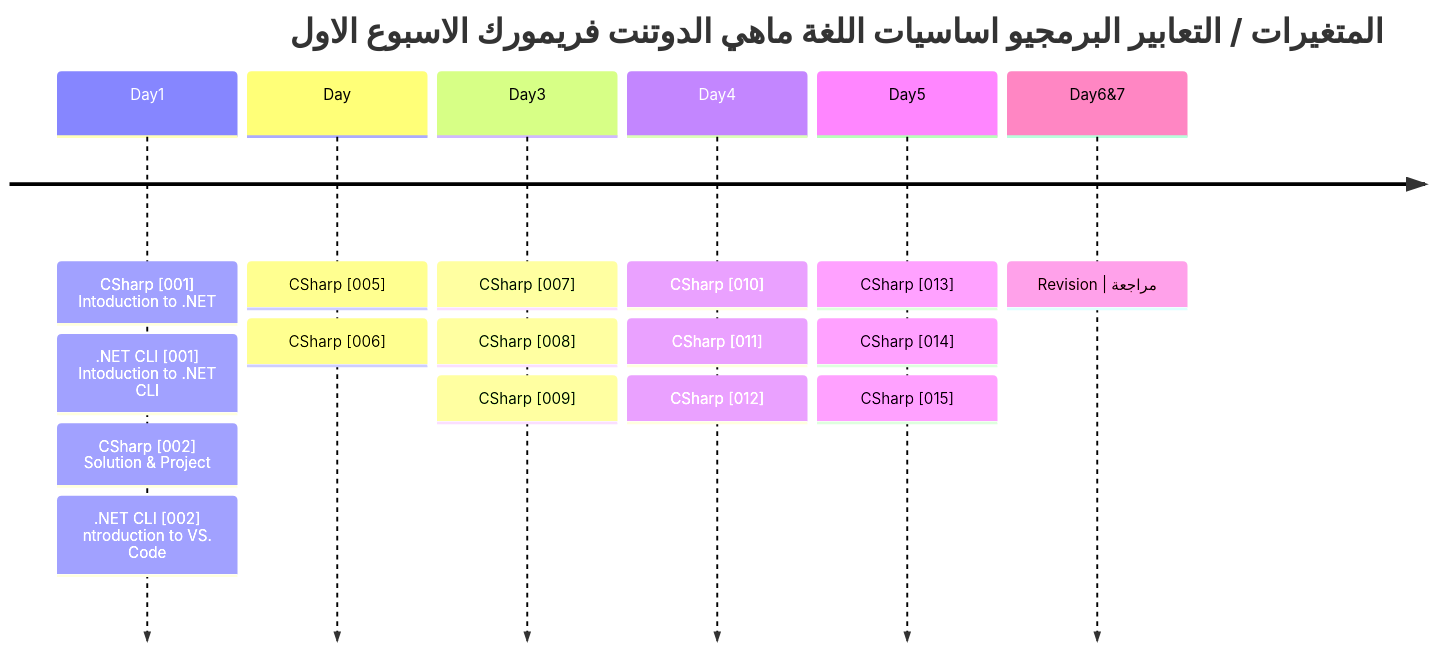
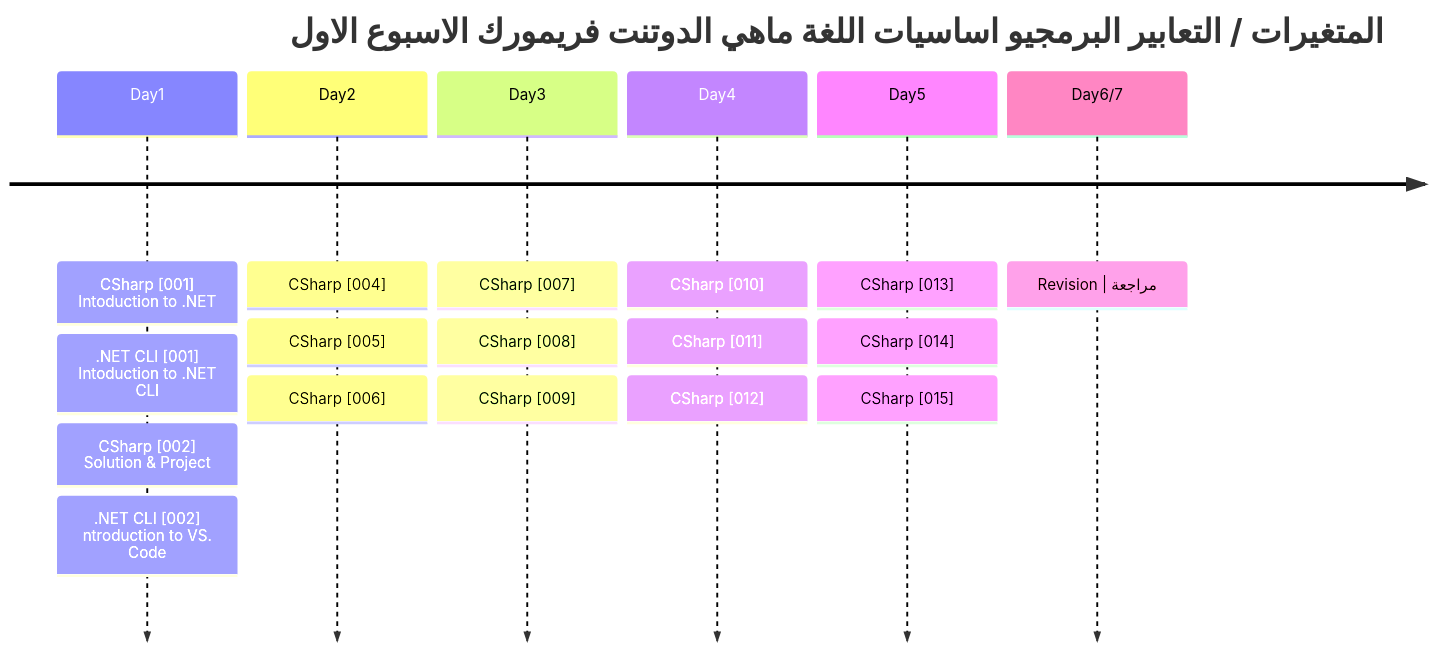
The first of 3 diagrams in README.md (metigator/Roadmap), drawn with Mermaid before and after one commit.

````diff
--- a/README.md
+++ b/README.md
@@ -1,22 +1,22 @@
 ```mermaid
 timeline
     title  المتغيرات / التعابير البرمجيو اساسيات اللغة ماهي الدوتنت فريمورك  الاسبوع الاول 
     Day1 : CSharp [001] Intoduction to .NET
          : .NET CLI [001] Intoduction to .NET CLI
          : CSharp [002] Solution & Project
          : .NET CLI [002] ntroduction to VS. Code
  
-    Day #2 : CSharp [004]
+    Day2 : CSharp [004]
          : CSharp [005] 
          : CSharp [006] 
     Day3 : CSharp [007]
          : CSharp [008]
          : CSharp [009] 
     Day4 : CSharp [010]
          : CSharp [011]
          : CSharp [012] 
     Day5 : CSharp [013]
          : CSharp [014]
          : CSharp [015] 
-  Day6&7 : Revision | مراجعة 
+  Day6/7 : Revision | مراجعة 
 ```
````
